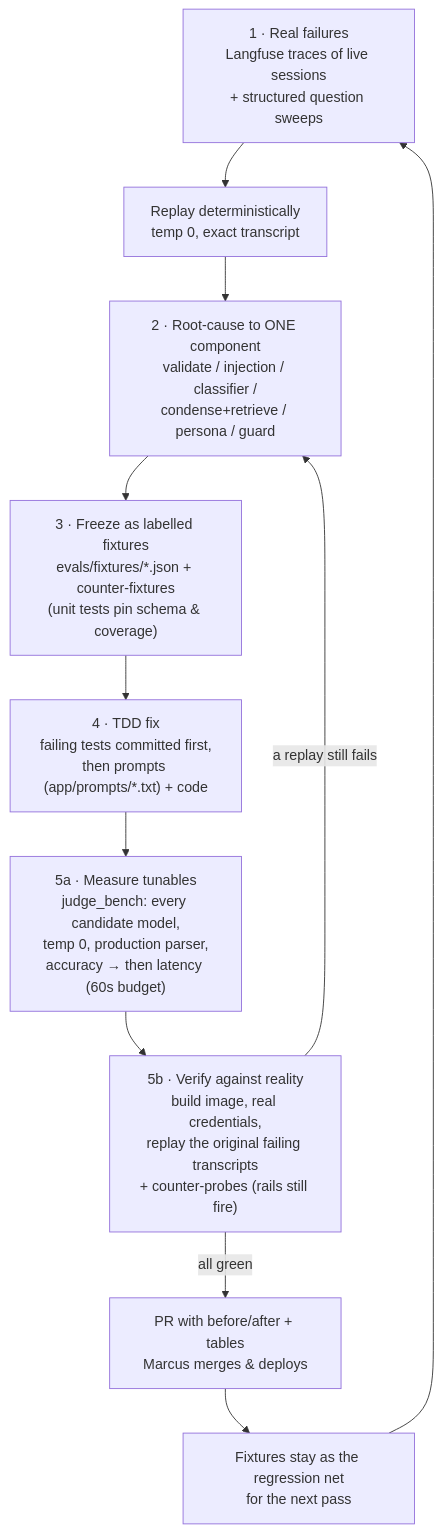
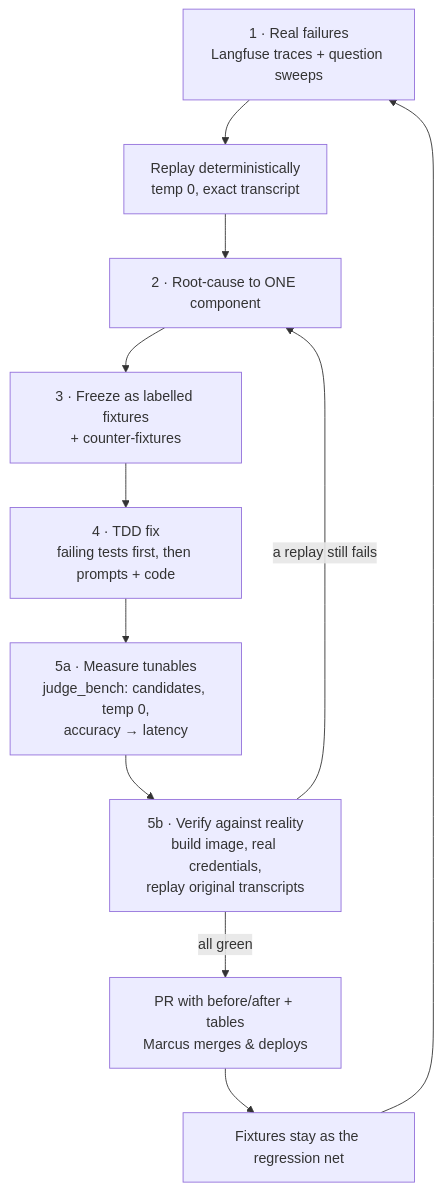
One commit to Nextasy-Apps-LLC/marcuss-cadre-test changed the diagram in docs/quality/cadre-ai-agent.md. Above: the diagram before and after it, drawn with Mermaid. The commit also changed other lines of this file and 1 other file, not shown here.

````diff
--- a/docs/quality/cadre-ai-agent.md
+++ b/docs/quality/cadre-ai-agent.md
@@ -13,13 +13,13 @@
 ```mermaid
 flowchart TD
-    A["1 · Real failures\nLangfuse traces of live sessions\n+ structured question sweeps"] --> B["Replay deterministically\ntemp 0, exact transcript"]
-    B --> C["2 · Root-cause to ONE component\nvalidate / injection / classifier /\ncondense+retrieve / persona / guard"]
-    C --> D["3 · Freeze as labelled fixtures\nevals/fixtures/*.json + counter-fixtures\n(unit tests pin schema & coverage)"]
-    D --> E["4 · TDD fix\nfailing tests committed first,\nthen prompts (app/prompts/*.txt) + code"]
-    E --> F["5a · Measure tunables\njudge_bench: every candidate model,\ntemp 0, production parser,\naccuracy → then latency (60s budget)"]
-    F --> G["5b · Verify against reality\nbuild image, real credentials,\nreplay the original failing transcripts\n+ counter-probes (rails still fire)"]
+    A["1 · Real failures\nLangfuse traces + question sweeps"] --> B["Replay deterministically\ntemp 0, exact transcript"]
+    B --> C["2 · Root-cause to ONE component"]
+    C --> D["3 · Freeze as labelled fixtures\n+ counter-fixtures"]
+    D --> E["4 · TDD fix\nfailing tests first, then prompts + code"]
+    E --> F["5a · Measure tunables\njudge_bench: candidates, temp 0,\naccuracy → latency"]
+    F --> G["5b · Verify against reality\nbuild image, real credentials,\nreplay original transcripts"]
     G -->|a replay still fails| C
     G -->|all green| H["PR with before/after + tables\nMarcus merges & deploys"]
-    H --> I["Fixtures stay as the regression net\nfor the next pass"]
+    H --> I["Fixtures stay as the regression net"]
     I --> A
 ```
````
